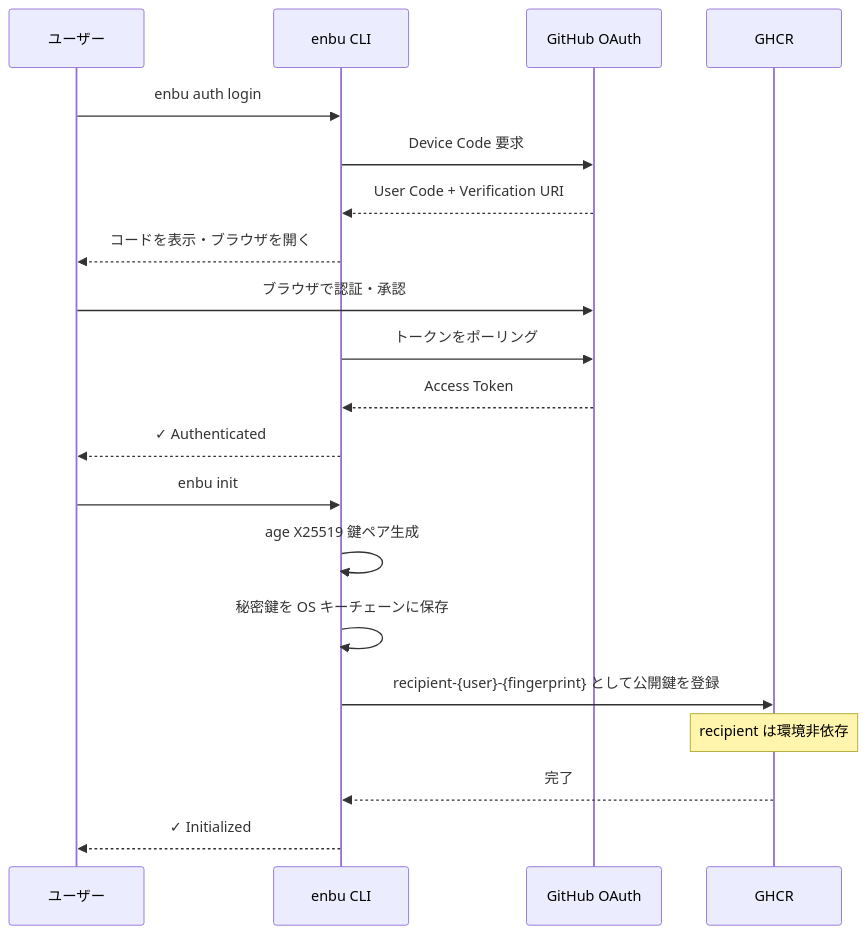
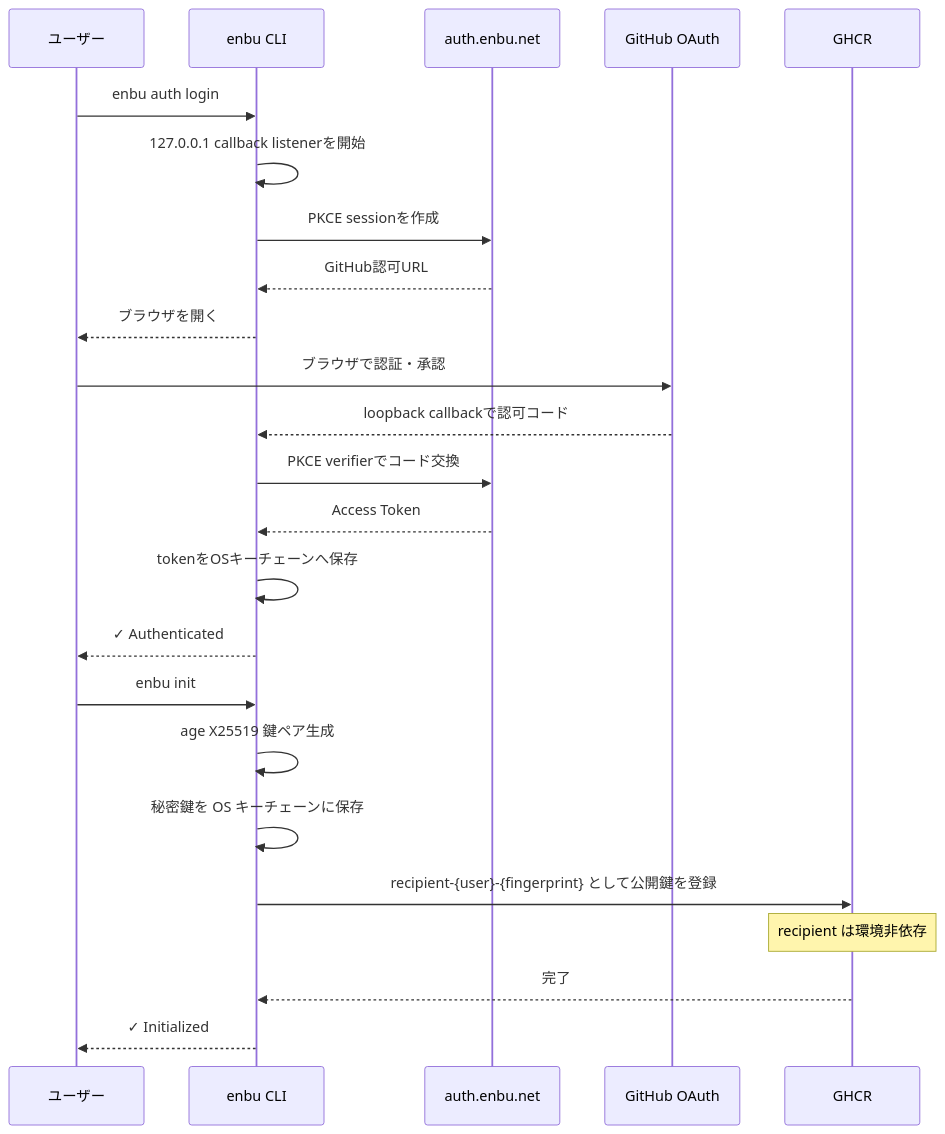
One commit to yashikota/enbu changed the first of 3 diagrams in README.ja.md. Above: the diagram before and after it, drawn with Mermaid. The commit also changed 28 other files, not shown here.

Commit message:
Migrate GitHub authentication to OAuth code flow (#36)

````diff
--- a/README.ja.md
+++ b/README.ja.md
@@ -160,24 +160,28 @@
 ```mermaid
 sequenceDiagram
     participant User as ユーザー
     participant CLI as enbu CLI
+    participant Auth as auth.enbu.net
     participant GitHub as GitHub OAuth
     participant GHCR as GHCR
 
     User->>CLI: enbu auth login
-    CLI->>GitHub: Device Code 要求
-    GitHub-->>CLI: User Code + Verification URI
-    CLI-->>User: コードを表示・ブラウザを開く
+    CLI->>CLI: 127.0.0.1 callback listenerを開始
+    CLI->>Auth: PKCE sessionを作成
+    Auth-->>CLI: GitHub認可URL
+    CLI-->>User: ブラウザを開く
     User->>GitHub: ブラウザで認証・承認
-    CLI->>GitHub: トークンをポーリング
-    GitHub-->>CLI: Access Token
+    GitHub-->>CLI: loopback callbackで認可コード
+    CLI->>Auth: PKCE verifierでコード交換
+    Auth-->>CLI: Access Token
+    CLI->>CLI: tokenをOSキーチェーンへ保存
     CLI-->>User: ✓ Authenticated
 
     User->>CLI: enbu init
     CLI->>CLI: age X25519 鍵ペア生成
     CLI->>CLI: 秘密鍵を OS キーチェーンに保存
     CLI->>GHCR: recipient-{user}-{fingerprint} として公開鍵を登録
     Note over GHCR: recipient は環境非依存
     GHCR-->>CLI: 完了
     CLI-->>User: ✓ Initialized
 ```
````
